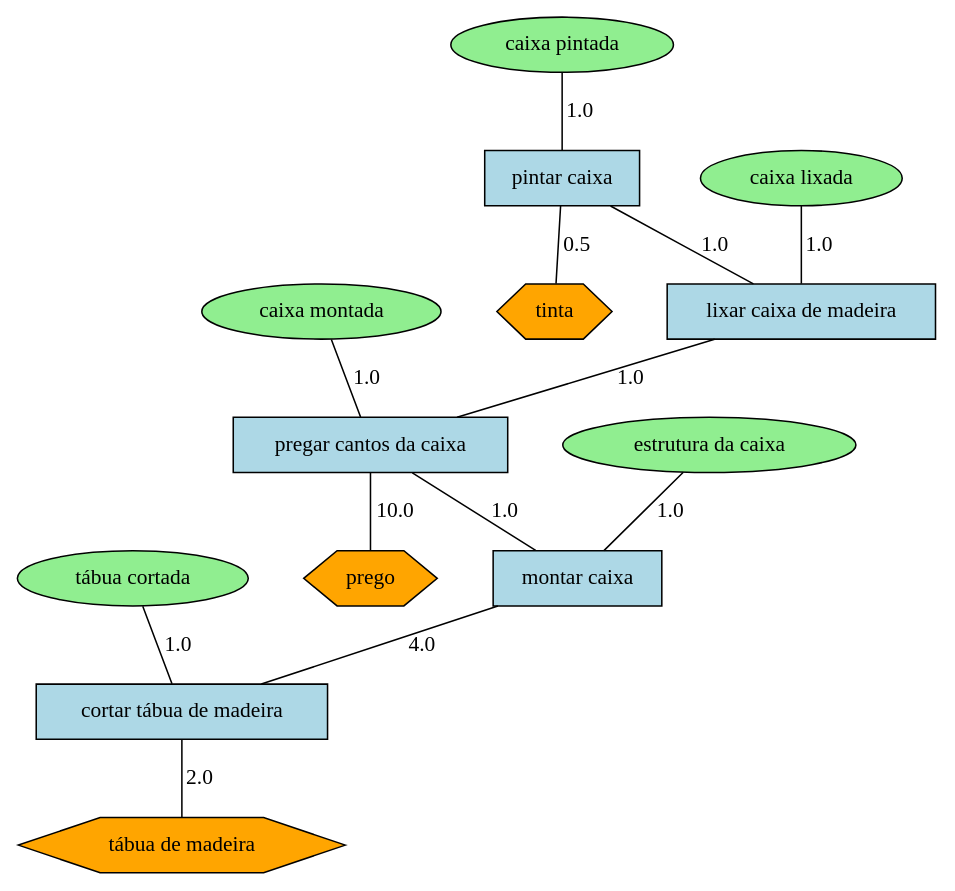
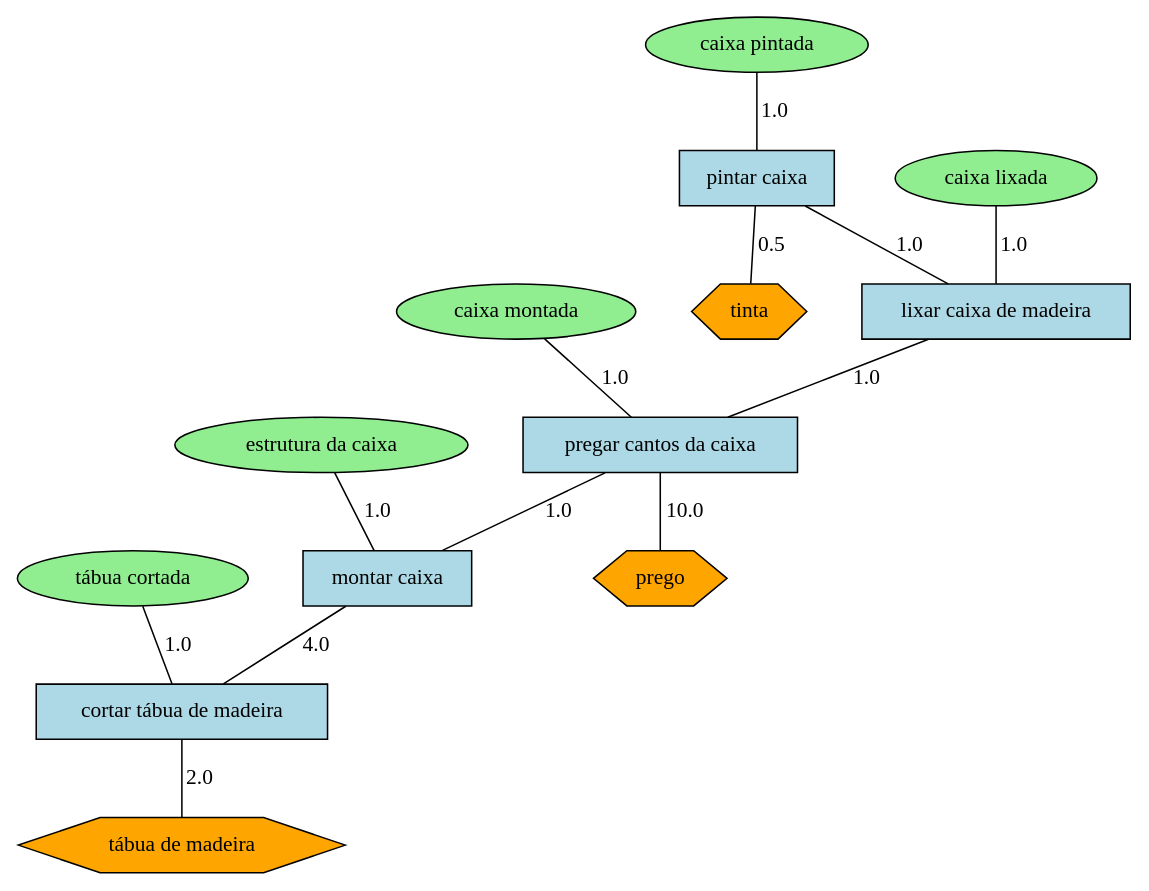
The diagram in outFiles/production_tree.dot (ricardomm7/buildflow), drawn with Graphviz before and after one commit. The commit also changed other lines of this file and 9 other files, not shown here.

```diff
--- a/outFiles/production_tree.dot
+++ b/outFiles/production_tree.dot
@@ -1,49 +1,49 @@
 graph G {
   splines=false;
   nodesep=0.5;
   ranksep=0.5;
   "2001" [shape=hexagon style=filled fillcolor=orange label="tábua de madeira"];
   "2002" [shape=ellipse style=filled fillcolor=lightgreen label="tábua cortada"];
   "2002" -- "1" [label="1.0"];
   "1" [shape=rect style=filled fillcolor=lightblue label="cortar tábua de madeira"];
   "1" -- "2001" [label="2.0"];
   "2001" [shape=hexagon style=filled fillcolor=orange label="tábua de madeira"];
   "2003" [shape=ellipse style=filled fillcolor=lightgreen label="estrutura da caixa"];
   "2003" -- "2" [label="1.0"];
   "2" [shape=rect style=filled fillcolor=lightblue label="montar caixa"];
   "2" -- "1" [label="4.0"];
   "1" [shape=rect style=filled fillcolor=lightblue label="cortar tábua de madeira"];
   "2001" [shape=hexagon style=filled fillcolor=orange label="tábua de madeira"];
   "2004" [shape=hexagon style=filled fillcolor=orange label="prego"];
   "2005" [shape=ellipse style=filled fillcolor=lightgreen label="caixa montada"];
   "2005" -- "3" [label="1.0"];
   "3" [shape=rect style=filled fillcolor=lightblue label="pregar cantos da caixa"];
   "3" -- "2004" [label="10.0"];
   "2004" [shape=hexagon style=filled fillcolor=orange label="prego"];
   "3" -- "2" [label="1.0"];
   "2" [shape=rect style=filled fillcolor=lightblue label="montar caixa"];
   "1" [shape=rect style=filled fillcolor=lightblue label="cortar tábua de madeira"];
   "2001" [shape=hexagon style=filled fillcolor=orange label="tábua de madeira"];
   "2006" [shape=ellipse style=filled fillcolor=lightgreen label="caixa pintada"];
   "2006" -- "5" [label="1.0"];
   "5" [shape=rect style=filled fillcolor=lightblue label="pintar caixa"];
+  "5" -- "2008" [label="0.5"];
+  "2008" [shape=hexagon style=filled fillcolor=orange label="tinta"];
   "5" -- "4" [label="1.0"];
   "4" [shape=rect style=filled fillcolor=lightblue label="lixar caixa de madeira"];
   "4" -- "3" [label="1.0"];
   "3" [shape=rect style=filled fillcolor=lightblue label="pregar cantos da caixa"];
   "2004" [shape=hexagon style=filled fillcolor=orange label="prego"];
   "2" [shape=rect style=filled fillcolor=lightblue label="montar caixa"];
   "1" [shape=rect style=filled fillcolor=lightblue label="cortar tábua de madeira"];
   "2001" [shape=hexagon style=filled fillcolor=orange label="tábua de madeira"];
-  "5" -- "2008" [label="0.5"];
-  "2008" [shape=hexagon style=filled fillcolor=orange label="tinta"];
   "2007" [shape=ellipse style=filled fillcolor=lightgreen label="caixa lixada"];
   "2007" -- "4" [label="1.0"];
   "4" [shape=rect style=filled fillcolor=lightblue label="lixar caixa de madeira"];
   "3" [shape=rect style=filled fillcolor=lightblue label="pregar cantos da caixa"];
   "2004" [shape=hexagon style=filled fillcolor=orange label="prego"];
   "2" [shape=rect style=filled fillcolor=lightblue label="montar caixa"];
   "1" [shape=rect style=filled fillcolor=lightblue label="cortar tábua de madeira"];
   "2001" [shape=hexagon style=filled fillcolor=orange label="tábua de madeira"];
   "2008" [shape=hexagon style=filled fillcolor=orange label="tinta"];
 }
```
